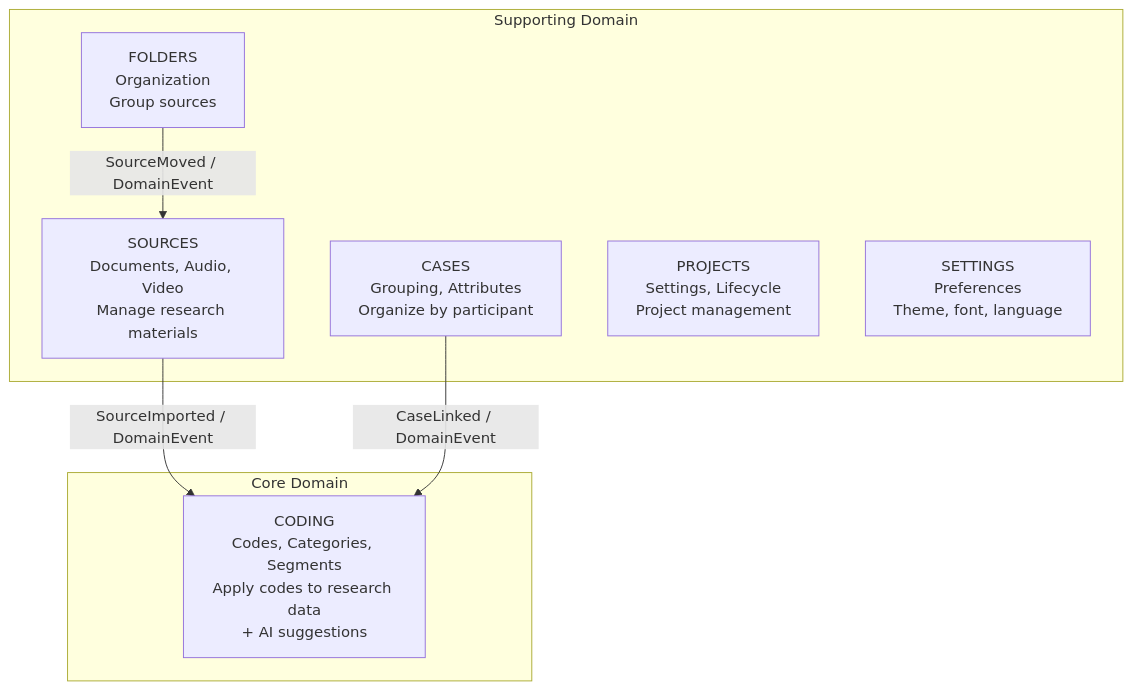
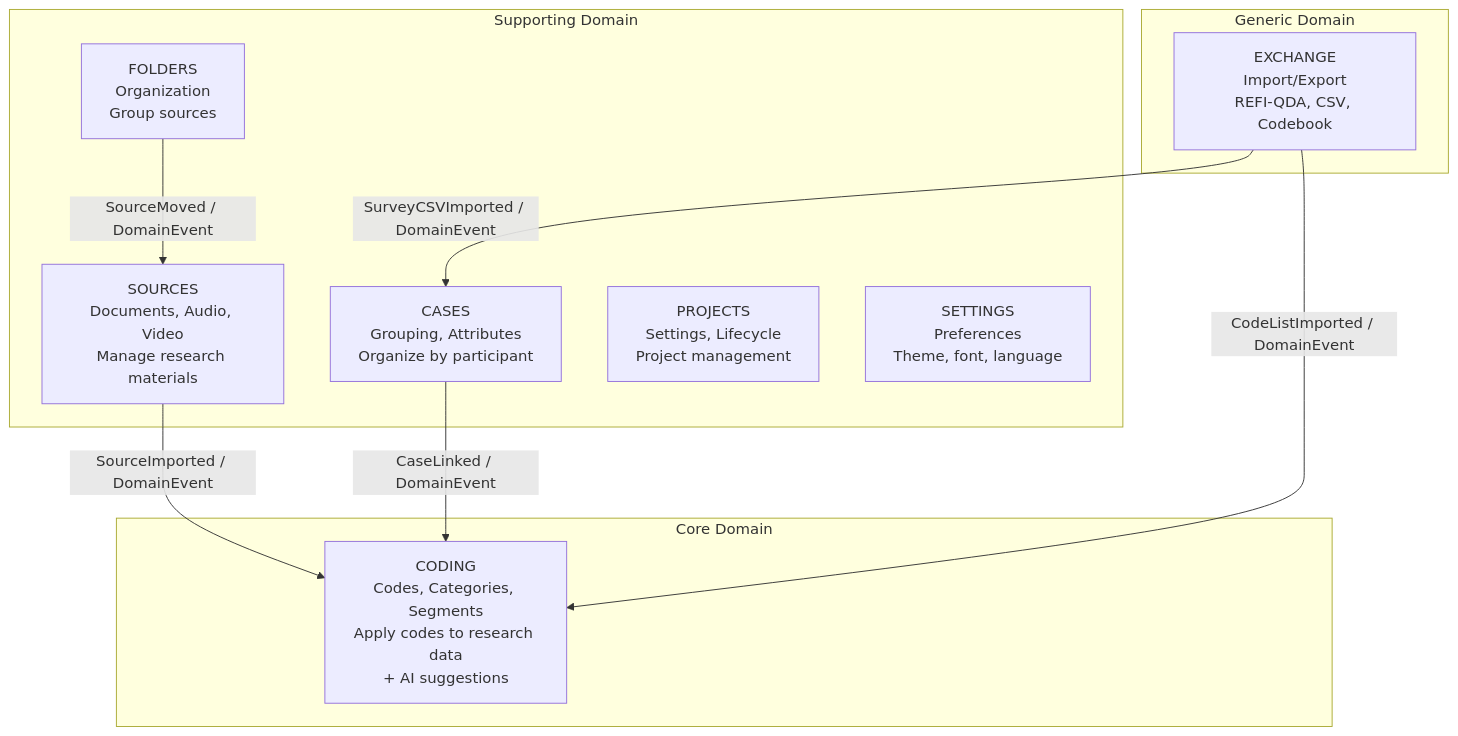
Before and after one commit to scope-impact/QualCoder-v2: the third of 12 diagrams in docs/ARCHITECTURE.md, drawn with Mermaid. The commit also changed other lines of this file and 18 other files, not shown here.

````diff
--- a/docs/ARCHITECTURE.md
+++ b/docs/ARCHITECTURE.md
@@ -105,18 +105,24 @@
 ```mermaid
 graph TB
     subgraph Core Domain
         COD[CODING<br>Codes, Categories, Segments<br>Apply codes to research data<br>+ AI suggestions]
     end
 
     subgraph Supporting Domain
         SRC[SOURCES<br>Documents, Audio, Video<br>Manage research materials]
         CAS[CASES<br>Grouping, Attributes<br>Organize by participant]
         PRJ[PROJECTS<br>Settings, Lifecycle<br>Project management]
         FLD[FOLDERS<br>Organization<br>Group sources]
         SET[SETTINGS<br>Preferences<br>Theme, font, language]
     end
 
+    subgraph Generic Domain
+        EXC[EXCHANGE<br>Import/Export<br>REFI-QDA, CSV, Codebook]
+    end
+
     SRC -->|"SourceImported / DomainEvent"| COD
     CAS -->|"CaseLinked / DomainEvent"| COD
     FLD -->|"SourceMoved / DomainEvent"| SRC
+    EXC -->|"CodeListImported / DomainEvent"| COD
+    EXC -->|"SurveyCSVImported / DomainEvent"| CAS
 ```
````
